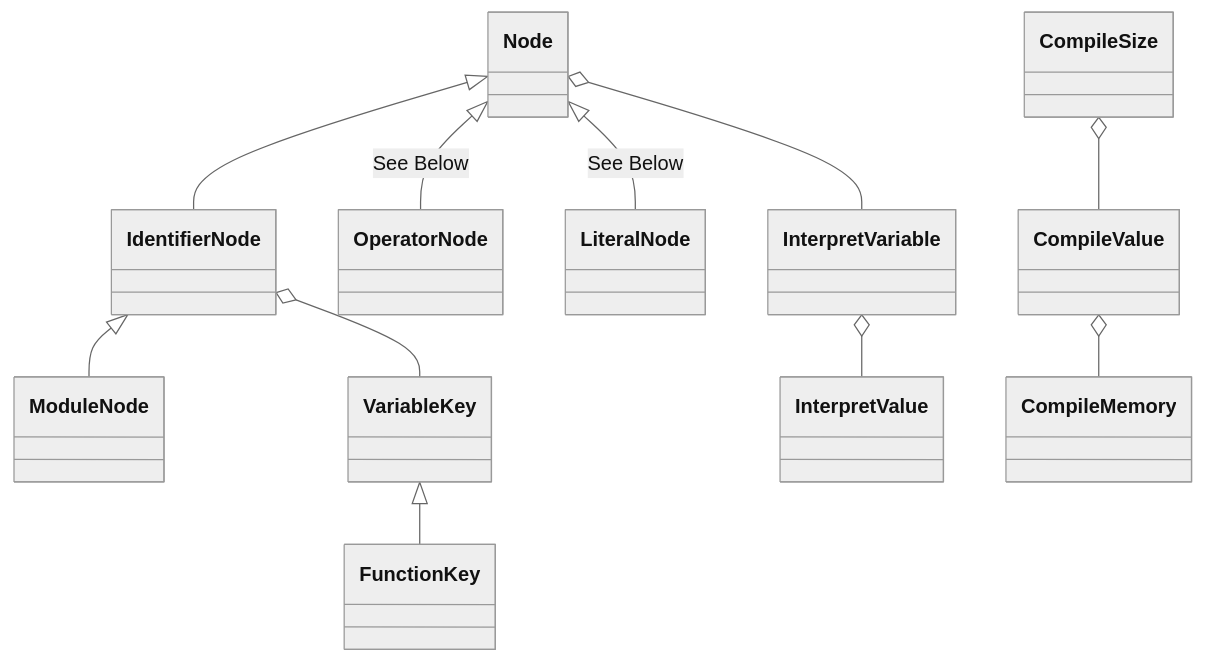
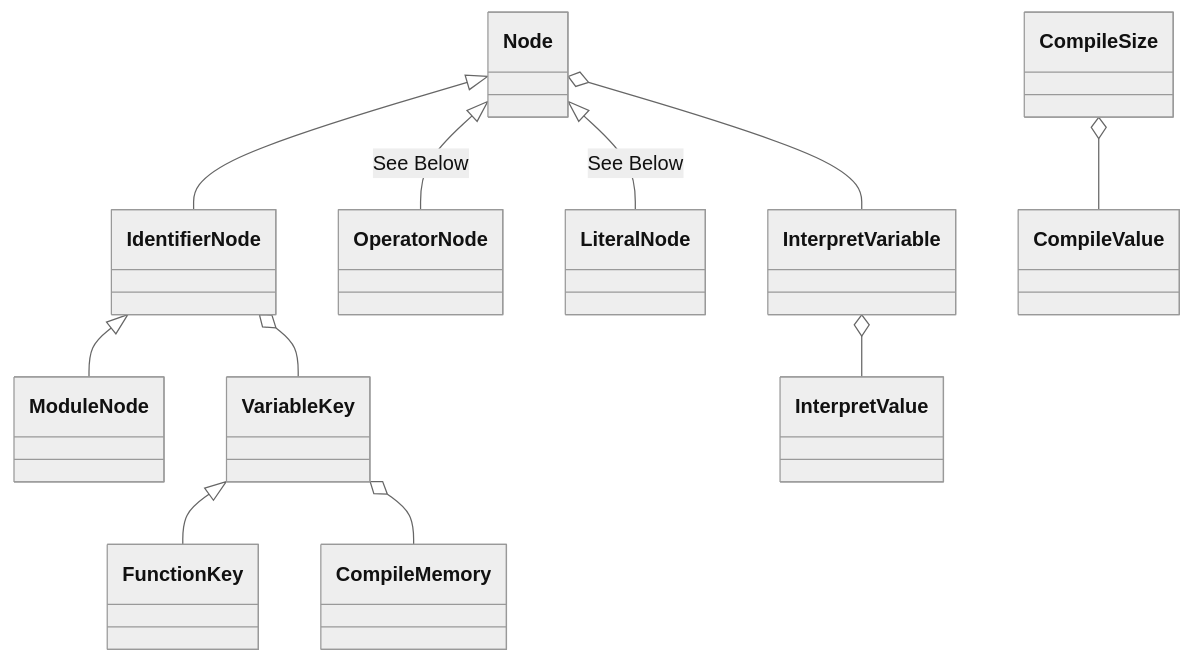
The first of 4 diagrams in README.md (Jzhyang1/Monomer), drawn with Mermaid (neutral theme) before and after one commit. The commit also changed other lines of this file, not shown here.

Commit message:
README.md updated from https://stackedit.io/

````diff
--- a/README.md
+++ b/README.md
@@ -239,13 +239,13 @@
 ```mermaid
 classDiagram
 Node <|-- IdentifierNode
 Node <|-- OperatorNode: See Below
 Node <|-- LiteralNode: See Below
 Node o-- InterpretVariable
 IdentifierNode <|-- ModuleNode
 IdentifierNode o-- VariableKey
 VariableKey <|-- FunctionKey
+VariableKey o-- CompileMemory
 InterpretVariable o-- InterpretValue
 CompileSize o-- CompileValue
-CompileValue o-- CompileMemory
 ```
````
